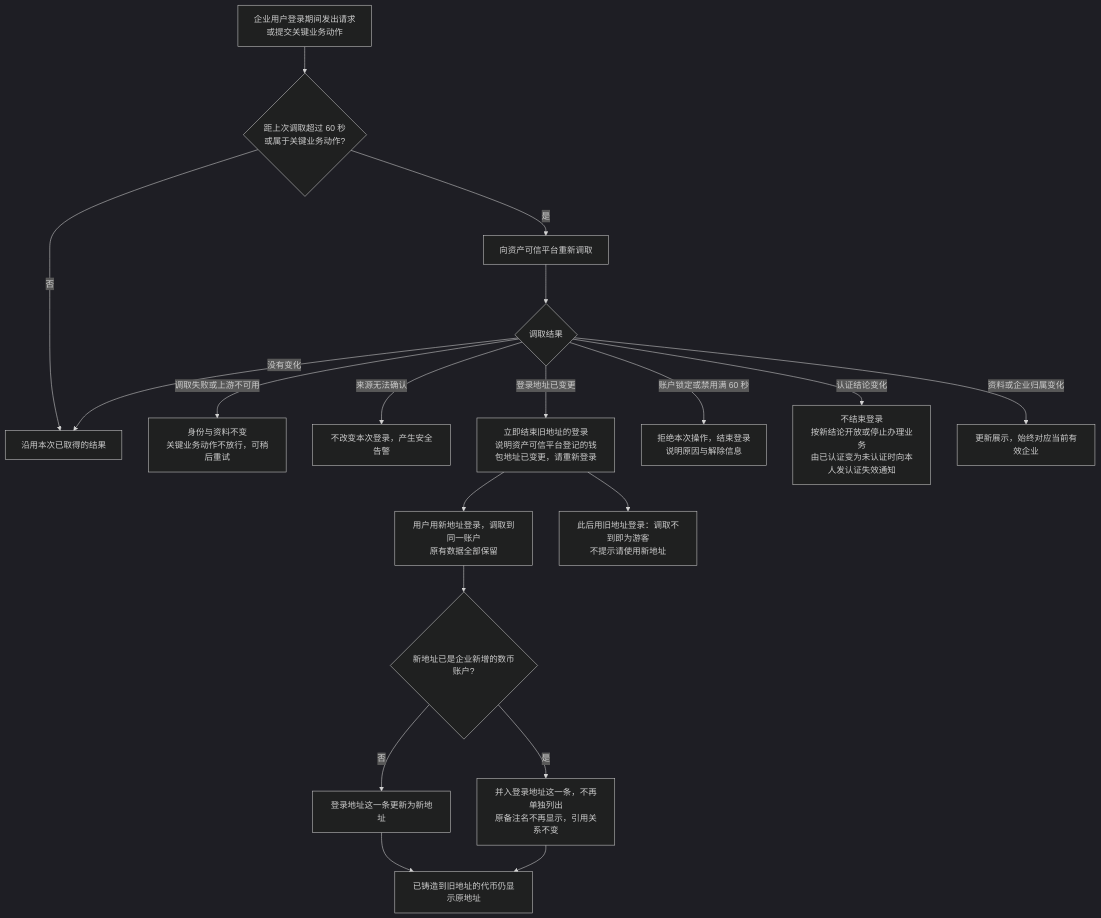
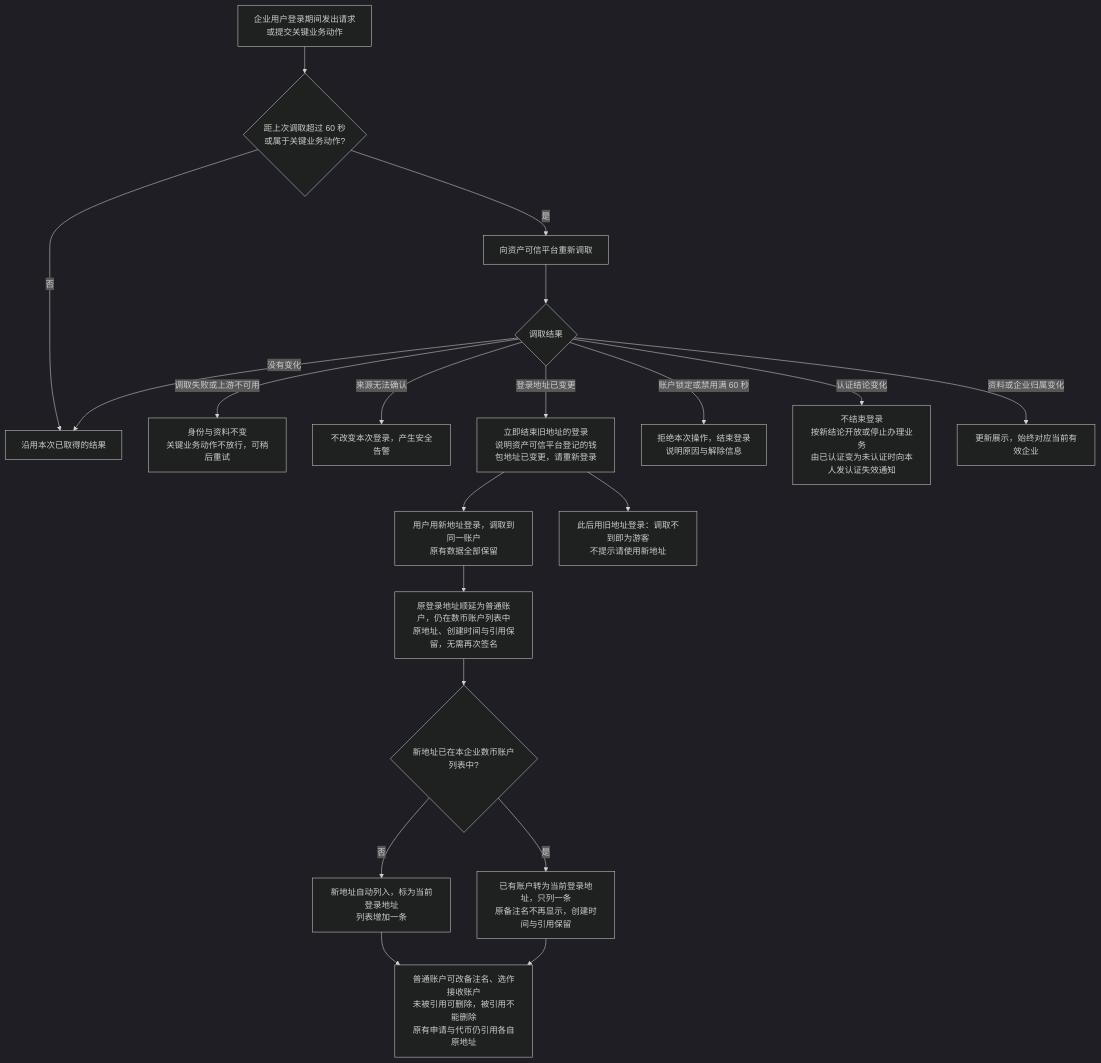
The fifth of 8 diagrams in token-issuance-platform/PRD/v1.0-企业登录与企业账户-流程图与状态机.md (wxblockchain/Chain-Financing), drawn with Mermaid (dark theme) before and after one commit. The commit also changed other lines of this file and 2 other files, not shown here.

````diff
--- a/token-issuance-platform/PRD/v1.0-企业登录与企业账户-流程图与状态机.md
+++ b/token-issuance-platform/PRD/v1.0-企业登录与企业账户-流程图与状态机.md
@@ -115,21 +115,22 @@
 ```mermaid
 flowchart TD
     A[企业用户登录期间发出请求<br/>或提交关键业务动作] --> B{距上次调取超过 60 秒<br/>或属于关键业务动作?}
     B -->|否| B1[沿用本次已取得的结果]
     B -->|是| C[向资产可信平台重新调取]
     C --> D{调取结果}
     D -->|调取失败或上游不可用| D1[身份与资料不变<br/>关键业务动作不放行，可稍后重试]
     D -->|来源无法确认| D2[不改变本次登录，产生安全告警]
     D -->|没有变化| B1
     D -->|登录地址已变更| E[立即结束旧地址的登录<br/>说明资产可信平台登记的钱包地址已变更，请重新登录]
     D -->|账户锁定或禁用满 60 秒| F[拒绝本次操作，结束登录<br/>说明原因与解除信息]
     D -->|认证结论变化| G[不结束登录<br/>按新结论开放或停止办理业务<br/>由已认证变为未认证时向本人发认证失效通知]
     D -->|资料或企业归属变化| H[更新展示，始终对应当前有效企业]
     E --> I[用户用新地址登录，调取到同一账户<br/>原有数据全部保留]
-    I --> J{新地址已是企业新增的数币账户?}
-    J -->|否| K[登录地址这一条更新为新地址]
-    J -->|是| L[并入登录地址这一条，不再单独列出<br/>原备注名不再显示，引用关系不变]
-    K --> M[已铸造到旧地址的代币仍显示原地址]
+    I --> I1[原登录地址顺延为普通账户，仍在数币账户列表中<br/>原地址、创建时间与引用保留，无需再次签名]
+    I1 --> J{新地址已在本企业数币账户列表中?}
+    J -->|否| K[新地址自动列入，标为当前登录地址<br/>列表增加一条]
+    J -->|是| L[已有账户转为当前登录地址，只列一条<br/>原备注名不再显示，创建时间与引用保留]
+    K --> M[普通账户可改备注名、选作接收账户<br/>未被引用可删除，被引用不能删除<br/>原有申请与代币仍引用各自原地址]
     L --> M
     E --> N[此后用旧地址登录：调取不到即为游客<br/>不提示请使用新地址]
 ```
````
